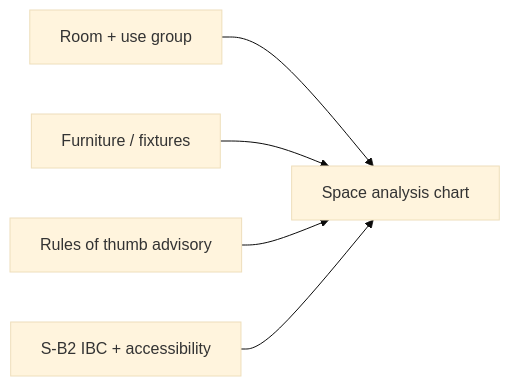
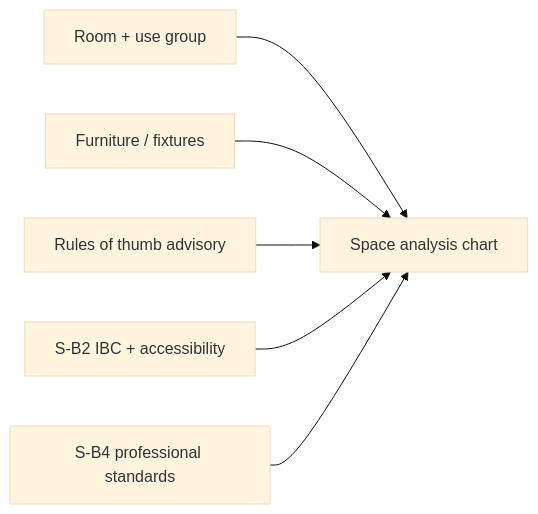
Before and after one commit to enabledtocreate/erganis-studio: the diagram in docs/STUDIO-IMPLEMENTATION-PLAN.md, drawn with Mermaid (base theme). The commit also changed other lines of this file, not shown here.

Commit message:
docs: S-B4 Standards, erganis-ui deps, Build space analysis cross-checks

````diff
--- a/docs/STUDIO-IMPLEMENTATION-PLAN.md
+++ b/docs/STUDIO-IMPLEMENTATION-PLAN.md
@@ -214,12 +219,14 @@
 ```mermaid
 flowchart LR
   Room[Room + use group]
   Furn[Furniture / fixtures]
   RoT[Rules of thumb advisory]
   Codes[S-B2 IBC + accessibility]
+  Standards[S-B4 professional standards]
   Chart[Space analysis chart]
   Room --> Chart
   Furn --> Chart
   RoT --> Chart
   Codes --> Chart
+  Standards --> Chart
 ```
````
